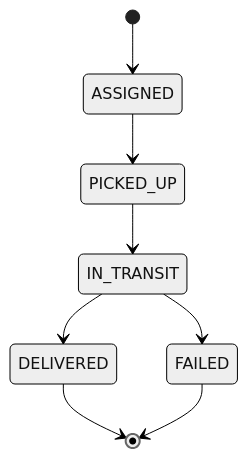
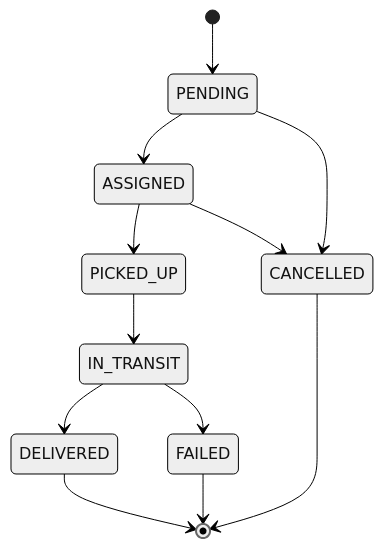
One commit to durelpro/pleingaz changed the seventh of 14 diagrams in docs/03b-machines-etats.md. Above: the diagram before and after it, drawn with Mermaid (neutral theme). The commit also changed other lines of this file and 4 other files, not shown here.

````diff
--- a/docs/03b-machines-etats.md
+++ b/docs/03b-machines-etats.md
@@ -121,10 +121,14 @@
 ```mermaid
 stateDiagram-v2
-    [*] --> ASSIGNED
+    [*] --> PENDING
+    PENDING --> ASSIGNED
+    PENDING --> CANCELLED
     ASSIGNED --> PICKED_UP
+    ASSIGNED --> CANCELLED
     PICKED_UP --> IN_TRANSIT
     IN_TRANSIT --> DELIVERED
     IN_TRANSIT --> FAILED
     DELIVERED --> [*]
     FAILED --> [*]
+    CANCELLED --> [*]
 ```
````
